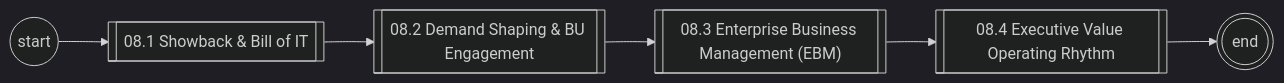
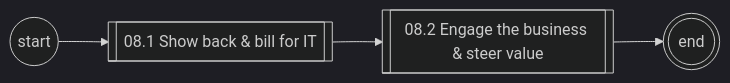
One commit to corbyjames/apptio-process-catalog changed the first of 3 diagrams in diagrams/mermaid/area-08.md. Above: the diagram before and after it, drawn with Mermaid (dark theme). The commit also changed other lines of this file and 251 other files, not shown here.

````diff
--- a/diagrams/mermaid/area-08.md
+++ b/diagrams/mermaid/area-08.md
@@ -7,13 +7,9 @@
 ```mermaid
 flowchart LR
   S((start))
-  N08_1[["08.1 Showback & Bill of IT"]]
+  N08_1[["08.1 Show back & bill for IT"]]
   S --> N08_1
-  N08_2[["08.2 Demand Shaping & BU Engagement"]]
+  N08_2[["08.2 Engage the business & steer value"]]
   N08_1 --> N08_2
-  N08_3[["08.3 Enterprise Business Management (EBM)"]]
-  N08_2 --> N08_3
-  N08_4[["08.4 Executive Value Operating Rhythm"]]
-  N08_3 --> N08_4
-  N08_4 --> E(((end)))
+  N08_2 --> E(((end)))
 ```
````
